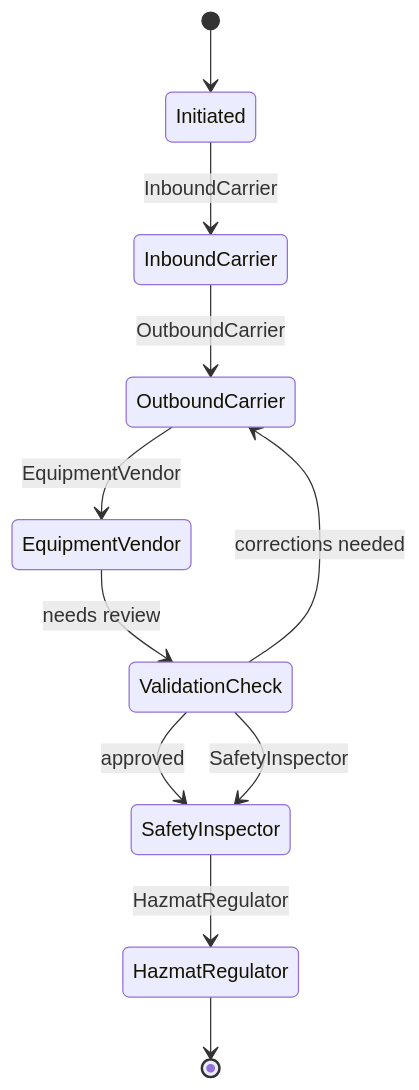
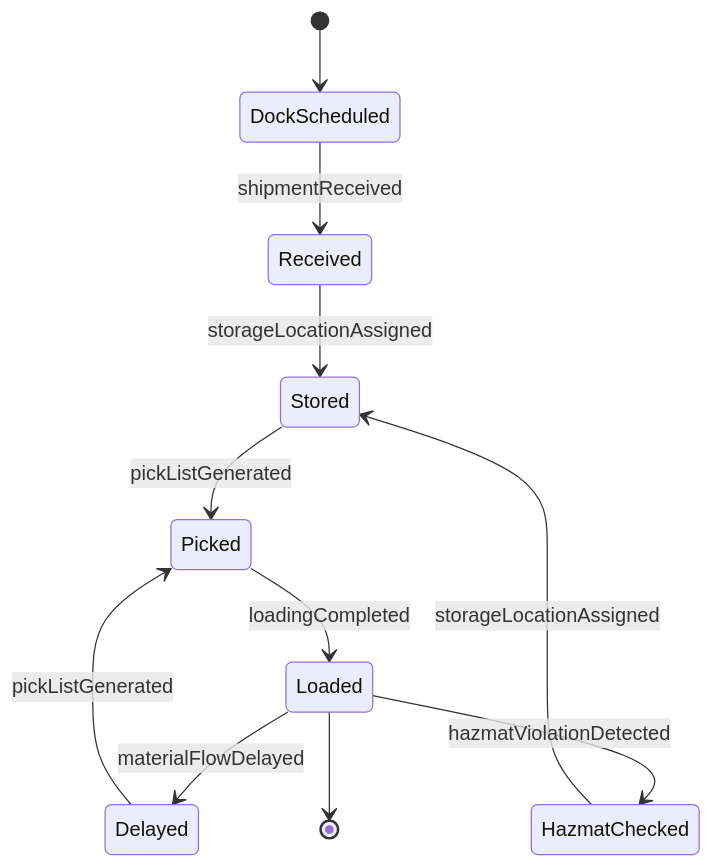
Before and after one commit to dot-org-ai/tasks.org.ai: the second of 4 diagrams in GuidingDirectingAndMotivatingSubordinates/DirectOrganizationalOperationsActivitiesOrProcedures/DirectMaterialHandlingMovingActivities.mdx, drawn with Mermaid. The commit also changed other lines of this file and 515 other files, not shown here.

````diff
--- a/GuidingDirectingAndMotivatingSubordinates/DirectOrganizationalOperationsActivitiesOrProcedures/DirectMaterialHandlingMovingActivities.mdx
+++ b/GuidingDirectingAndMotivatingSubordinates/DirectOrganizationalOperationsActivitiesOrProcedures/DirectMaterialHandlingMovingActivities.mdx
@@ -103,13 +103,13 @@
 ```mermaid
 stateDiagram-v2
-    [*] --> Initiated
-    Initiated --> InboundCarrier: InboundCarrier
-    InboundCarrier --> OutboundCarrier: OutboundCarrier
-    OutboundCarrier --> EquipmentVendor: EquipmentVendor
-    EquipmentVendor --> ValidationCheck: needs review
-    ValidationCheck --> OutboundCarrier: corrections needed
-    ValidationCheck --> SafetyInspector: approved
-    ValidationCheck --> SafetyInspector: SafetyInspector
-    SafetyInspector --> HazmatRegulator: HazmatRegulator
-    HazmatRegulator --> [*]
+    [*] --> DockScheduled
+    DockScheduled --> Received : shipmentReceived
+    Received --> Stored : storageLocationAssigned
+    Stored --> Picked : pickListGenerated
+    Picked --> Loaded : loadingCompleted
+    Loaded --> Delayed : materialFlowDelayed
+    Delayed --> Picked : pickListGenerated
+    Loaded --> HazmatChecked : hazmatViolationDetected
+    HazmatChecked --> Stored : storageLocationAssigned
+    Loaded --> [*]
 ```
````
